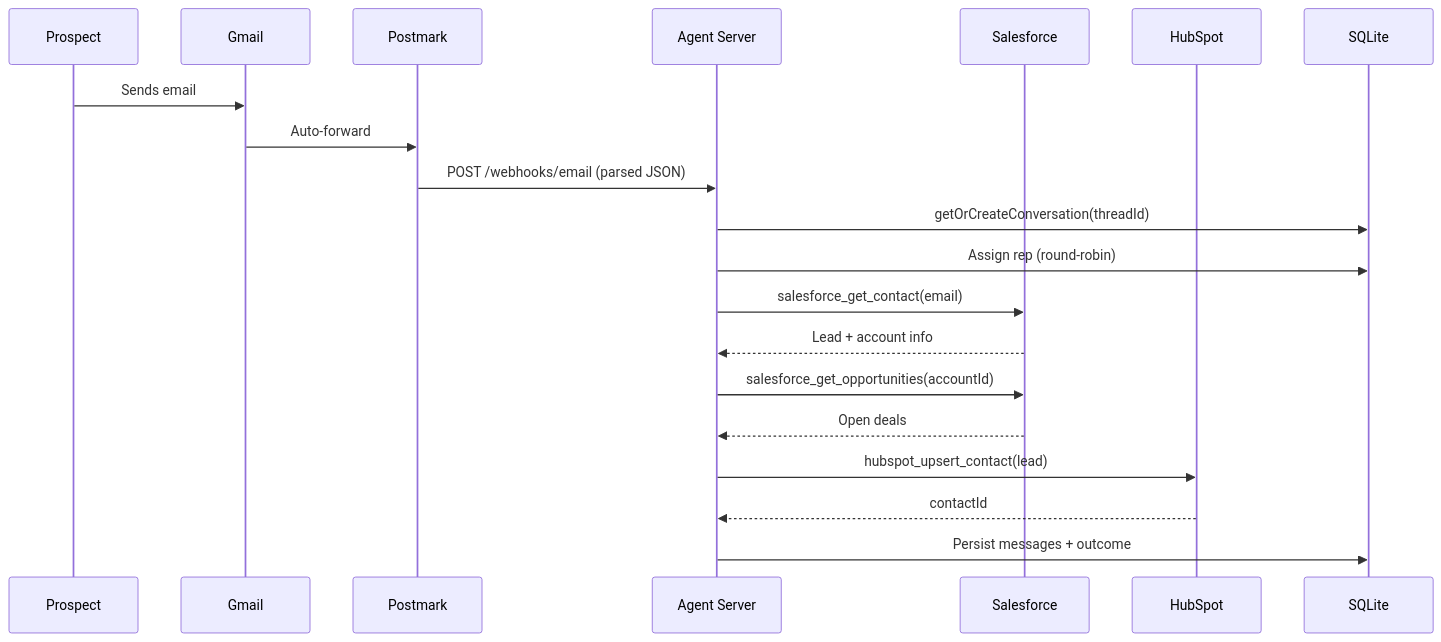
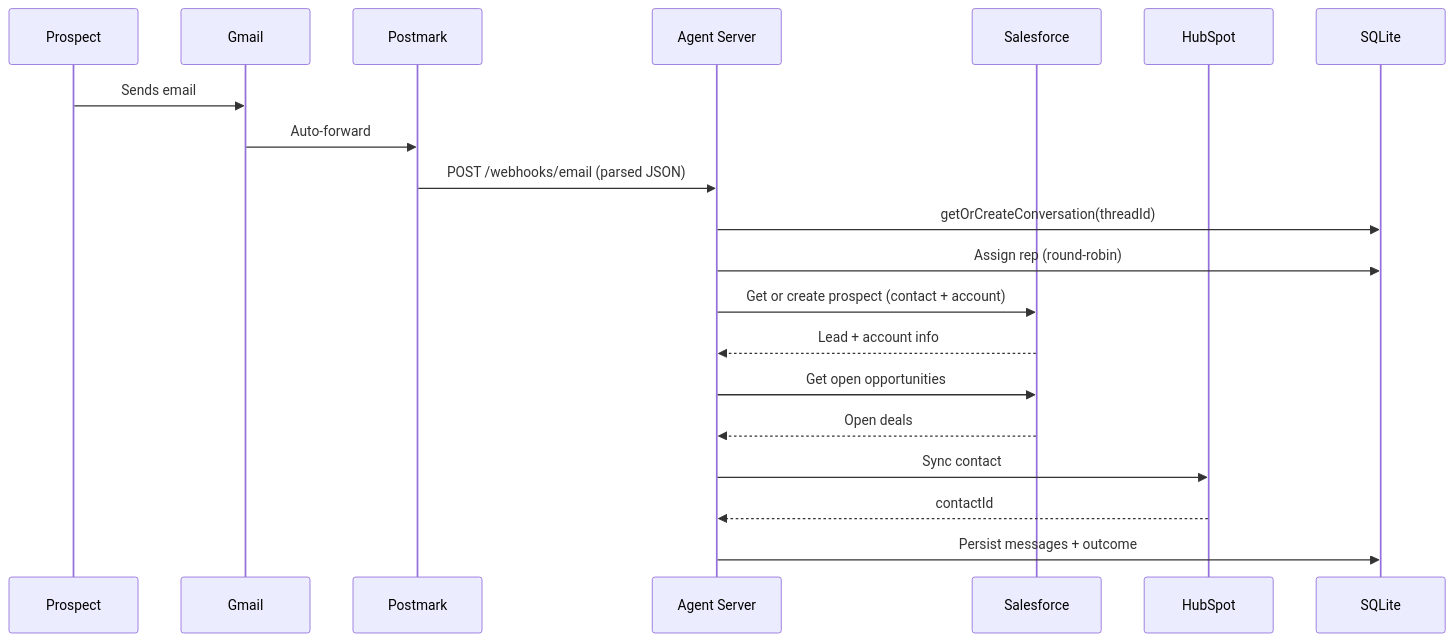
One commit to adityaswarupparida/sdr-workflow changed the first of 5 diagrams in README.md. Above: the diagram before and after it, drawn with Mermaid. The commit also changed other lines of this file and 3 other files, not shown here.

Commit message:
docs: update README diagrams to reflect current agent flow, status routing, and lifecycle

````diff
--- a/README.md
+++ b/README.md
@@ -38,23 +38,23 @@
 ```mermaid
 sequenceDiagram
     participant P as Prospect
     participant G as Gmail
     participant PM as Postmark
     participant AS as Agent Server
     participant SF as Salesforce
     participant HS as HubSpot
     participant DB as SQLite
 
     P->>G: Sends email
     G->>PM: Auto-forward
     PM->>AS: POST /webhooks/email (parsed JSON)
     AS->>DB: getOrCreateConversation(threadId)
     AS->>DB: Assign rep (round-robin)
-    AS->>SF: salesforce_get_contact(email)
+    AS->>SF: Get or create prospect (contact + account)
     SF-->>AS: Lead + account info
-    AS->>SF: salesforce_get_opportunities(accountId)
+    AS->>SF: Get open opportunities
     SF-->>AS: Open deals
-    AS->>HS: hubspot_upsert_contact(lead)
+    AS->>HS: Sync contact
     HS-->>AS: contactId
     AS->>DB: Persist messages + outcome
 ```
````
